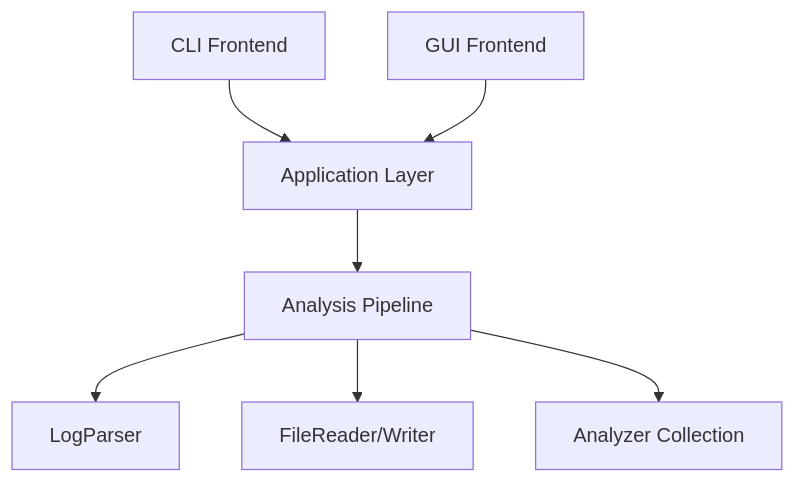
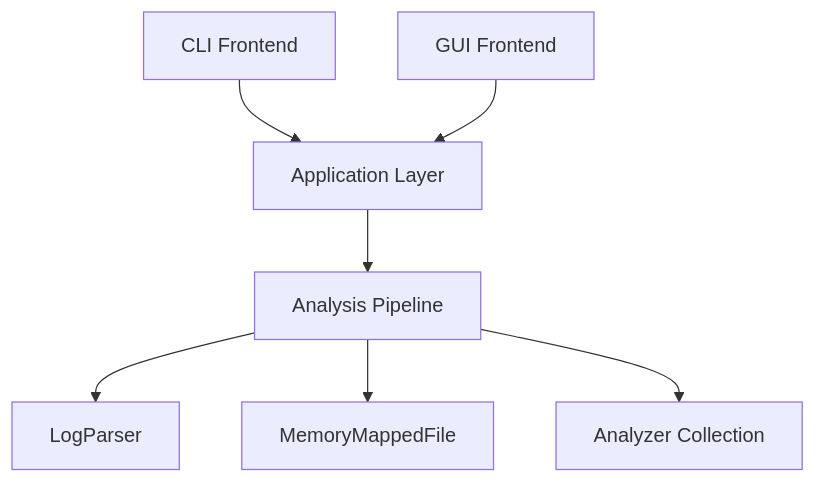
Before and after one commit to parvenuprompting/log-analyzer: the diagram in README.md, drawn with Mermaid. The commit also changed other lines of this file and 129 other files, not shown here.

````diff
--- a/README.md
+++ b/README.md
@@ -49,9 +46,9 @@
 ```mermaid
 graph TD
     CLI[CLI Frontend] --> APP[Application Layer]
     GUI[GUI Frontend] --> APP
     APP --> PIPELINE[Analysis Pipeline]
     PIPELINE --> PARSER[LogParser]
-    PIPELINE --> IO[FileReader/Writer]
+    PIPELINE --> IO[MemoryMappedFile]
     PIPELINE --> ANALYZERS[Analyzer Collection]
 ```
````
